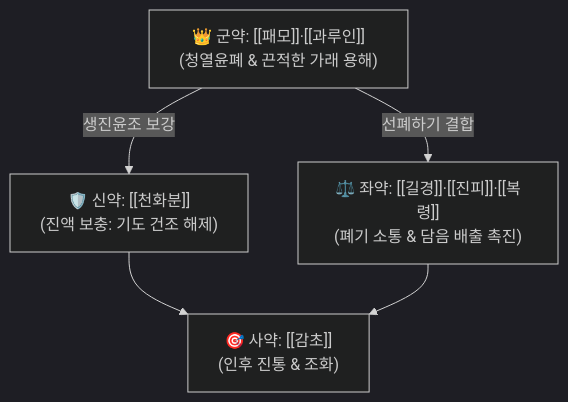
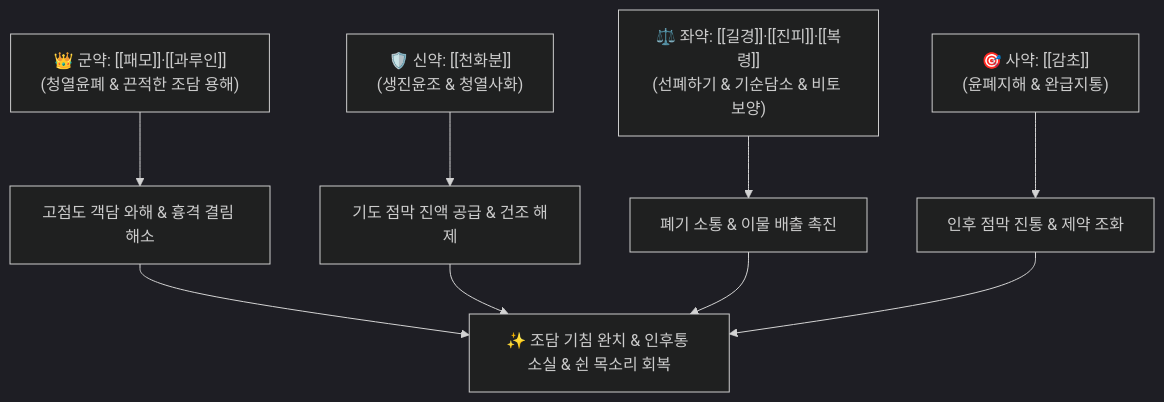
One commit to simbio11/simbio-digital-garden2 changed the diagram in content/2. 약리 공부/처방/03_화담·거습·이수제/패모괄루산.md. Above: the diagram before and after it, drawn with Mermaid (dark theme). The commit also changed other lines of this file and 248 other files, not shown here.

````diff
--- a/content/2. 약리 공부/처방/03_화담·거습·이수제/패모괄루산.md
+++ b/content/2. 약리 공부/처방/03_화담·거습·이수제/패모괄루산.md
@@ -9,7 +40,11 @@
 ```mermaid
 graph TD
-    Gun["👑 군약: [[패모]]·[[과루인]]<br>(청열윤폐 & 끈적한 가래 용해)"] -->|생진윤조 보강| Sin["🛡️ 신약: [[천화분]]<br>(진액 보충: 기도 건조 해제)"]
-    Gun -->|선폐하기 결합| Jwa["⚖️ 좌약: [[길경]]·[[진피]]·[[복령]]<br>(폐기 소통 & 담음 배출 촉진)"]
-    Sin --> Sa["🎯 사약: [[감초]]<br>(인후 진통 & 조화)"]
-    Jwa --> Sa
+    Gun["👑 군약: [[패모]]·[[과루인]]<br>(청열윤폐 & 끈적한 조담 용해)"] --> Dissolve["고점도 객담 와해 & 흉격 결림 해소"]
+    Sin["🛡️ 신약: [[천화분]]<br>(생진윤조 & 청열사화)"] --> Moist["기도 점막 진액 공급 & 건조 해제"]
+    Jwa["⚖️ 좌약: [[길경]]·[[진피]]·[[복령]]<br>(선폐하기 & 기순담소 & 비토 보양)"] --> Flow["폐기 소통 & 이물 배출 촉진"]
+    Sa["🎯 사약: [[감초]]<br>(윤폐지해 & 완급지통)"] --> Relax["인후 점막 진통 & 제약 조화"]
+    Dissolve --> Outcome["✨ 조담 기침 완치 & 인후통 소실 & 쉰 목소리 회복"]
+    Moist --> Outcome
+    Flow --> Outcome
+    Relax --> Outcome
 ```
````
